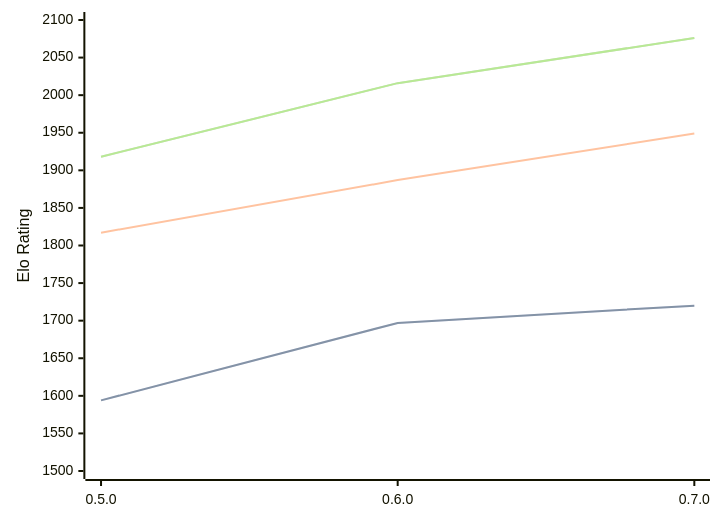
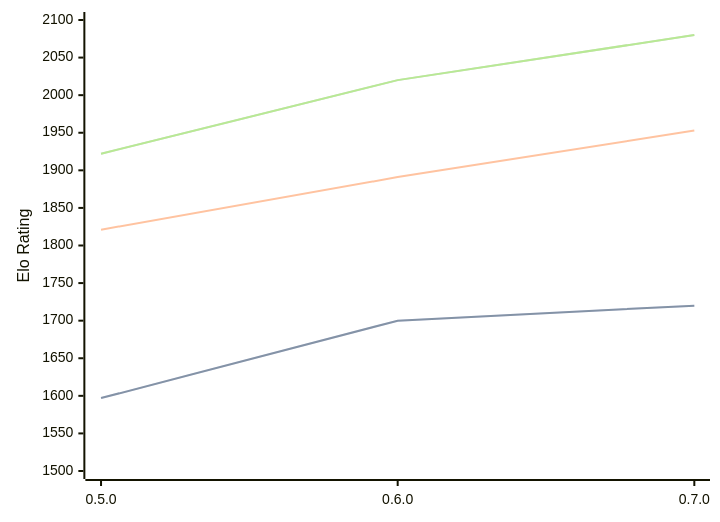
One commit to computer-chess-index/cci changed the diagram in engines/Chess-rs.md. Above: the diagram before and after it, drawn with Mermaid. The commit also changed other lines of this file, not shown here.

Commit message:
Update CCI Ratings (ELO VLTC) - 2026-05-02

````diff
--- a/engines/Chess-rs.md
+++ b/engines/Chess-rs.md
@@ -41,11 +41,11 @@
 ```mermaid
 %%{init: {"theme":"base","themeVariables":{"seriesColors:['#a3a3a3','#222221','#faa371']}}}%%
 xychart-beta
   x-axis ["0.5.0", "0.6.0", "0.7.0"]
   y-axis "Elo Rating" 1500 --> 2100
-  line "STC (8.0+0.08s)" [1594, 1697, 1720]
-  line "STC (8.0+0.08s)" [1594, 1697, 1720]
-  line "LTC (60.0+0.60s)" [1817, 1887, 1949]
-  line "VLTC (2m24s+1.12s)" [1918, 2016, 2076]
-  line "VLTC (2m24s+1.12s)" [1918, 2016, 2076]
+  line "STC (8.0+0.08s)" [1597, 1700, 1720]
+  line "STC (8.0+0.08s)" [1597, 1700, 1720]
+  line "LTC (60.0+0.60s)" [1821, 1891, 1953]
+  line "VLTC (2m24s+1.12s)" [1922, 2020, 2080]
+  line "VLTC (2m24s+1.12s)" [1922, 2020, 2080]
 ```
````
